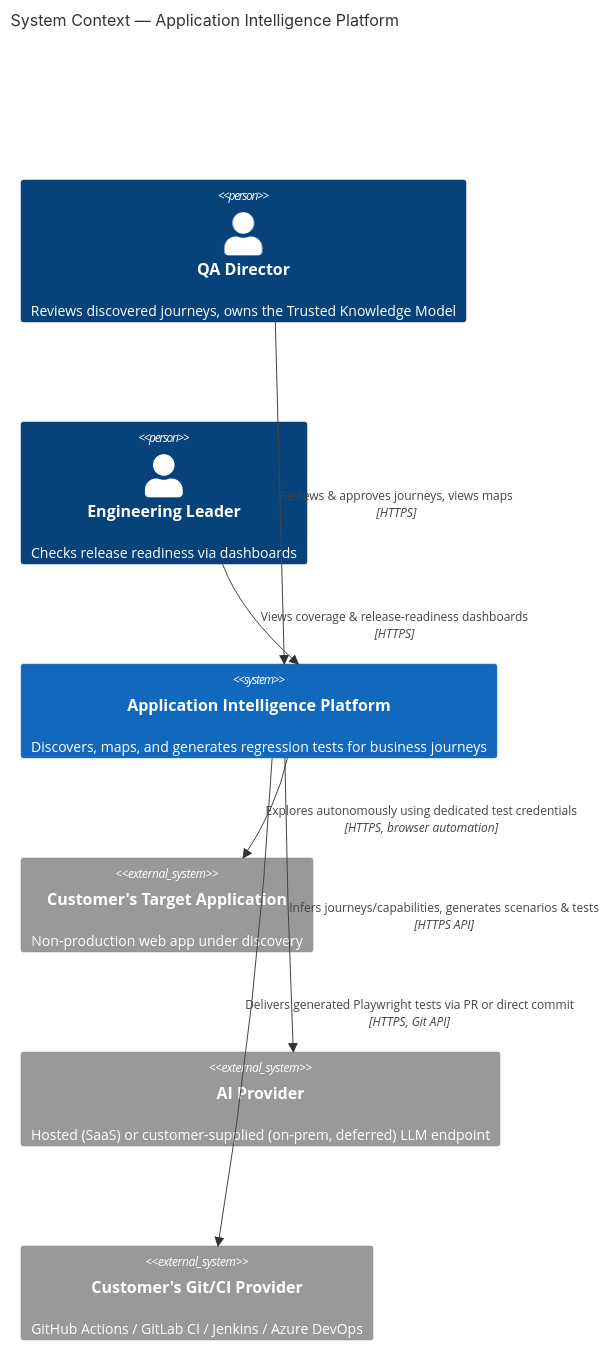
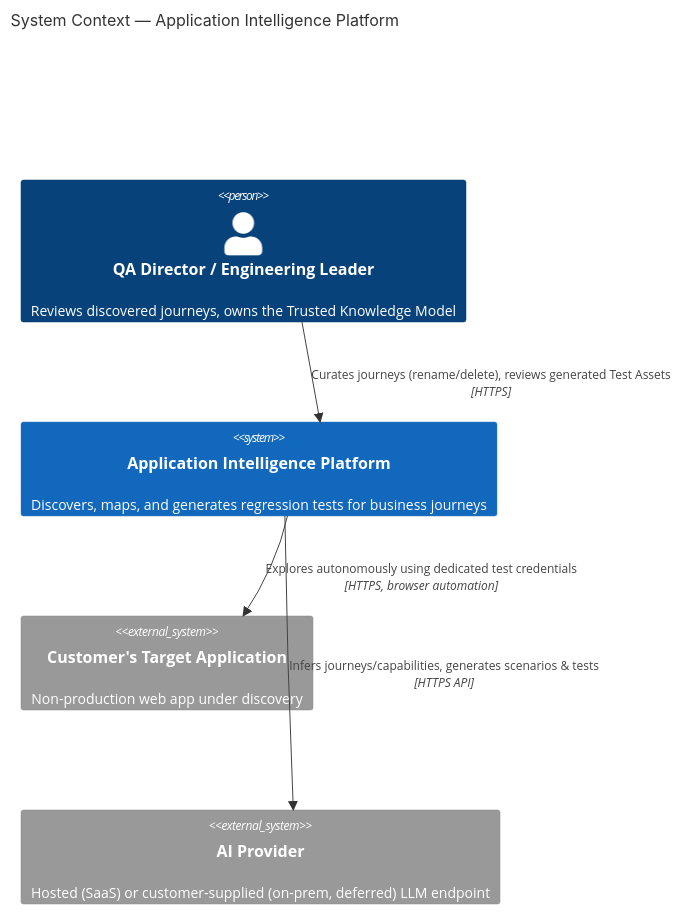
The second of 7 diagrams in _bmad-output/planning-artifacts/architecture/architecture-AITestGen-2026-07-13/ARCHITECTURE-SPINE.md (wm-ps/AITESTGEN), drawn with Mermaid before and after one commit. The commit also changed other lines of this file and 24 other files, not shown here.

````diff
--- a/_bmad-output/planning-artifacts/architecture/architecture-AITestGen-2026-07-13/ARCHITECTURE-SPINE.md
+++ b/_bmad-output/planning-artifacts/architecture/architecture-AITestGen-2026-07-13/ARCHITECTURE-SPINE.md
@@ -185,19 +187,15 @@
 ```mermaid
 C4Context
 title System Context — Application Intelligence Platform
 
-Person(qa, "QA Director", "Reviews discovered journeys, owns the Trusted Knowledge Model")
-Person(eng, "Engineering Leader", "Checks release readiness via dashboards")
+Person(qa, "QA Director / Engineering Leader", "Reviews discovered journeys, owns the Trusted Knowledge Model")
 
 System(platform, "Application Intelligence Platform", "Discovers, maps, and generates regression tests for business journeys")
 
 System_Ext(targetApp, "Customer's Target Application", "Non-production web app under discovery")
 System_Ext(aiProvider, "AI Provider", "Hosted (SaaS) or customer-supplied (on-prem, deferred) LLM endpoint")
-System_Ext(gitProvider, "Customer's Git/CI Provider", "GitHub Actions / GitLab CI / Jenkins / Azure DevOps")
 
-Rel(qa, platform, "Reviews & approves journeys, views maps", "HTTPS")
-Rel(eng, platform, "Views coverage & release-readiness dashboards", "HTTPS")
+Rel(qa, platform, "Curates journeys (rename/delete), reviews generated Test Assets", "HTTPS")
 Rel(platform, targetApp, "Explores autonomously using dedicated test credentials", "HTTPS, browser automation")
 Rel(platform, aiProvider, "Infers journeys/capabilities, generates scenarios & tests", "HTTPS API")
-Rel(platform, gitProvider, "Delivers generated Playwright tests via PR or direct commit", "HTTPS, Git API")
 ```
````
